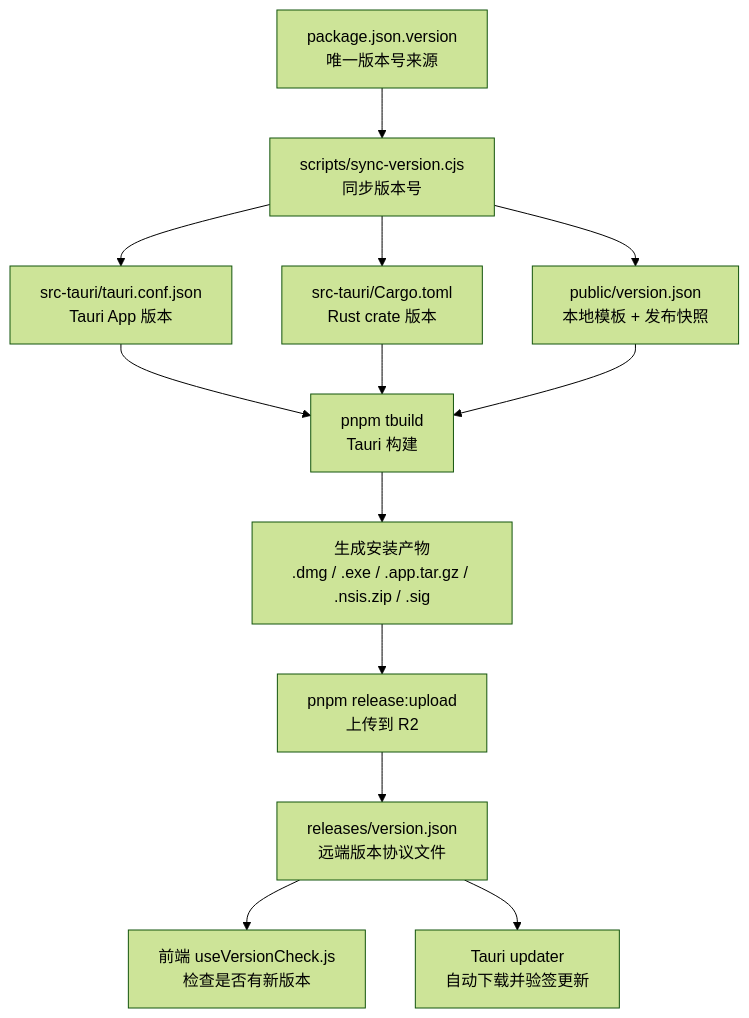
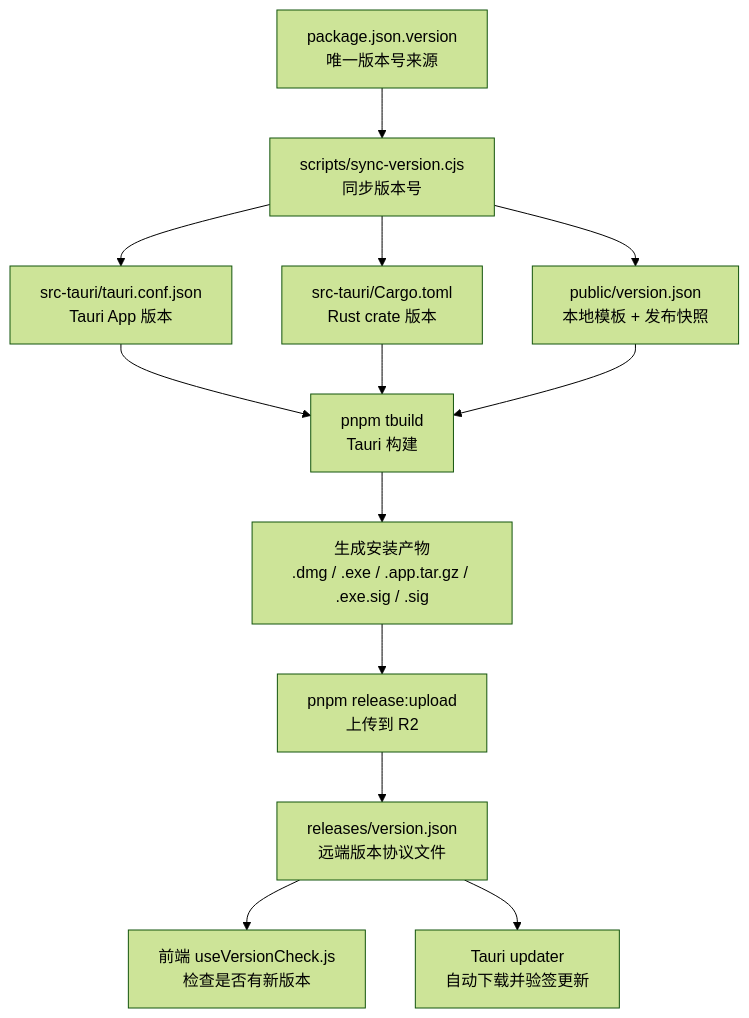
One commit to wei-py/profit changed the first of 4 diagrams in docs/version/update-flow.md. Above: the diagram before and after it, drawn with Mermaid (forest theme). The commit also changed other lines of this file and 6 other files, not shown here.

````diff
--- a/docs/version/update-flow.md
+++ b/docs/version/update-flow.md
@@ -9,20 +9,20 @@
 ```mermaid
 flowchart TD
     A["package.json.version<br/>唯一版本号来源"] --> B["scripts/sync-version.cjs<br/>同步版本号"]
 
     B --> C1["src-tauri/tauri.conf.json<br/>Tauri App 版本"]
     B --> C2["src-tauri/Cargo.toml<br/>Rust crate 版本"]
     B --> C3["public/version.json<br/>本地模板 + 发布快照"]
 
     C1 --> D["pnpm tbuild<br/>Tauri 构建"]
     C2 --> D
     C3 --> D
 
-    D --> E["生成安装产物<br/>.dmg / .exe / .app.tar.gz / .nsis.zip / .sig"]
+    D --> E["生成安装产物<br/>.dmg / .exe / .app.tar.gz / .exe.sig / .sig"]
 
     E --> F["pnpm release:upload<br/>上传到 R2"]
     F --> G["releases/version.json<br/>远端版本协议文件"]
 
     G --> H1["前端 useVersionCheck.js<br/>检查是否有新版本"]
     G --> H2["Tauri updater<br/>自动下载并验签更新"]
 ```
````
